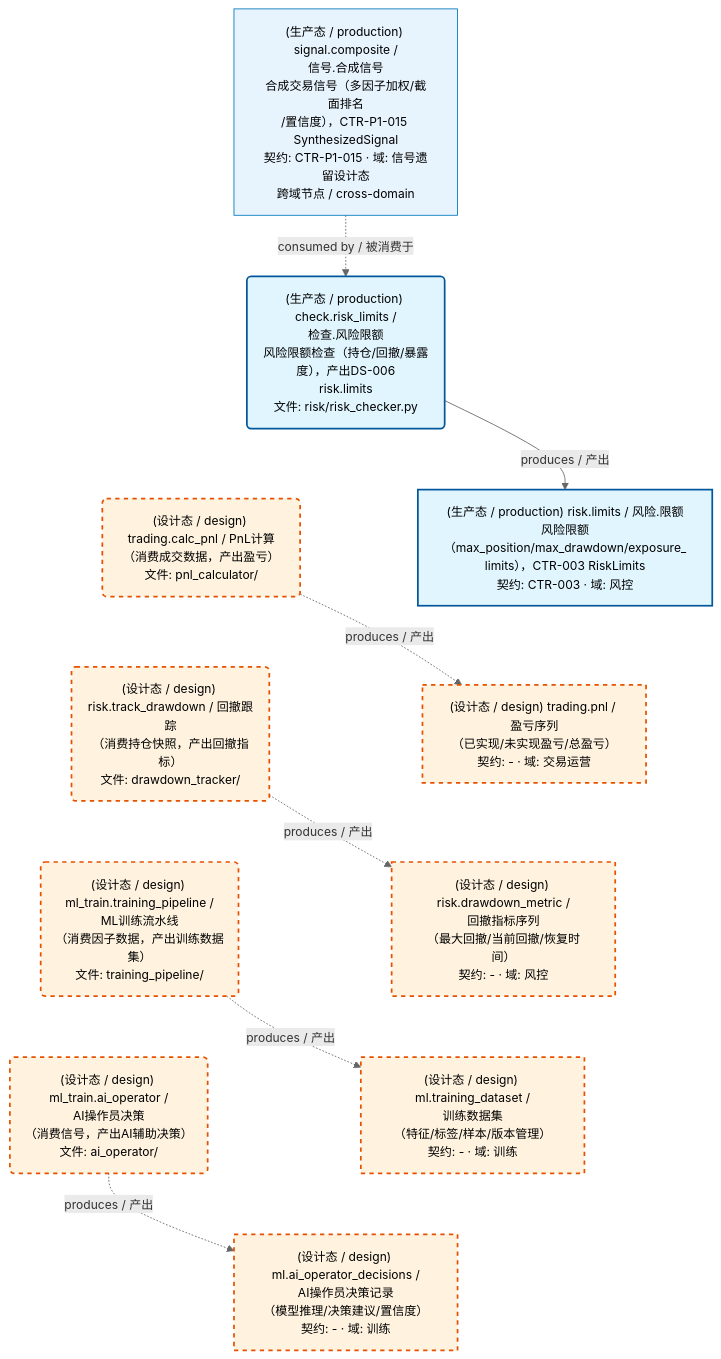
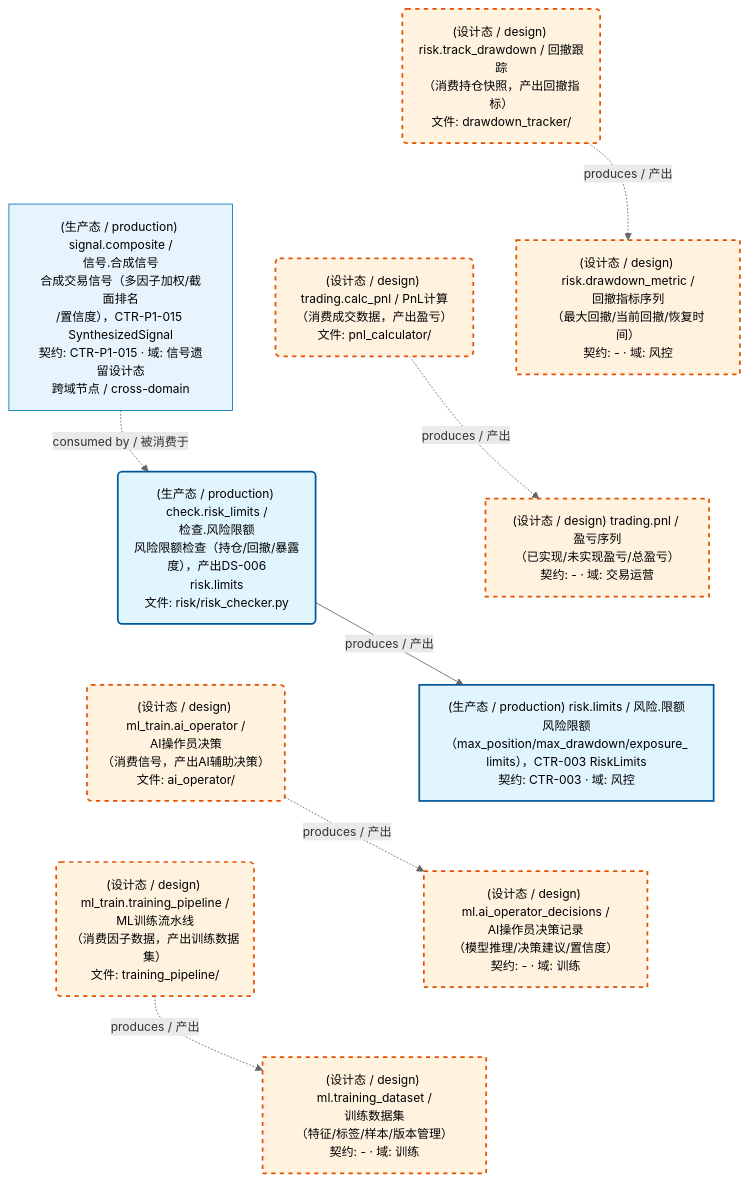
The first of 3 diagrams in docs/02_enterprise_architecture/05_dataflow_architecture/d_others.md (xuanFelixVan/ZephyrAlpha), drawn with Mermaid before and after one commit. The commit also changed other lines of this file and 123 other files, not shown here.

````diff
--- a/docs/02_enterprise_architecture/05_dataflow_architecture/d_others.md
+++ b/docs/02_enterprise_architecture/05_dataflow_architecture/d_others.md
@@ -50,36 +50,36 @@
 ```mermaid
 %%{init: {'theme': 'base', 'themeVariables': {'primaryColor': '#eaeaea', 'primaryTextColor': '#333333', 'primaryBorderColor': '#666666', 'lineColor': '#666666', 'secondaryColor': '#eaeaea', 'tertiaryColor': '#eaeaea', 'clusterBkg': 'transparent', 'clusterBorder': 'transparent', 'fontSize': '14px'}}}%%
 flowchart TD
     DS11271["(设计态 / design) ml.ai_operator_decisions /<br/>AI操作员决策记录<br/>（模型推理/决策建议/置信度）<br/>契约: - · 域: 训练"]
     DS11272["(设计态 / design) ml.training_dataset /<br/>训练数据集<br/>（特征/标签/样本/版本管理）<br/>契约: - · 域: 训练"]
     DS11273["(设计态 / design) risk.drawdown_metric /<br/>回撤指标序列<br/>（最大回撤/当前回撤/恢复时间）<br/>契约: - · 域: 风控"]
-    DS31192["(生产态 / production) risk.limits / 风险.限额<br/>风险限额（max_position/max_drawdown/exposure_<br/>limits），CTR-003 RiskLimits<br/>契约: CTR-003 · 域: 风控"]
+    DS32560["(生产态 / production) risk.limits / 风险.限额<br/>风险限额（max_position/max_drawdown/exposure_<br/>limits），CTR-003 RiskLimits<br/>契约: CTR-003 · 域: 风控"]
     DS11274["(设计态 / design) trading.pnl / 盈亏序列<br/>（已实现/未实现盈亏/总盈亏）<br/>契约: - · 域: 交易运营"]
-    JOB1154366("(生产态 / production) check.risk_limits /<br/>检查.风险限额<br/>风险限额检查（持仓/回撤/暴露度），产出DS-006<br/>risk.limits<br/>文件: risk/risk_checker.py")
+    JOB1192358("(生产态 / production) check.risk_limits /<br/>检查.风险限额<br/>风险限额检查（持仓/回撤/暴露度），产出DS-006<br/>risk.limits<br/>文件: risk/risk_checker.py")
     JOB757635("(设计态 / design) ml_train.ai_operator /<br/>AI操作员决策<br/>（消费信号，产出AI辅助决策）<br/>文件: ai_operator/")
     JOB757636("(设计态 / design) ml_train.training_pipeline /<br/>ML训练流水线<br/>（消费因子数据，产出训练数据集）<br/>文件: training_pipeline/")
     JOB757637("(设计态 / design) risk.track_drawdown / 回撤跟踪<br/>（消费持仓快照，产出回撤指标）<br/>文件: drawdown_tracker/")
     JOB757638("(设计态 / design) trading.calc_pnl / PnL计算<br/>（消费成交数据，产出盈亏）<br/>文件: pnl_calculator/")
-    DS31191["(生产态 / production) signal.composite /<br/>信号.合成信号<br/>合成交易信号（多因子加权/截面排名<br/>/置信度），CTR-P1-015 SynthesizedSignal<br/>契约: CTR-P1-015 · 域: 信号遗留设计态<br/>跨域节点 / cross-domain"]
-    JOB1154366 -->|produces / 产出| DS31192
+    DS32559["(生产态 / production) signal.composite /<br/>信号.合成信号<br/>合成交易信号（多因子加权/截面排名<br/>/置信度），CTR-P1-015 SynthesizedSignal<br/>契约: CTR-P1-015 · 域: 信号遗留设计态<br/>跨域节点 / cross-domain"]
+    JOB1192358 -->|produces / 产出| DS32560
     JOB757635 -.->|produces / 产出| DS11271
     JOB757636 -.->|produces / 产出| DS11272
     JOB757637 -.->|produces / 产出| DS11273
-    DS31191 -.->|consumed by / 被消费于| JOB1154366
+    DS32559 -.->|consumed by / 被消费于| JOB1192358
     JOB757638 -.->|produces / 产出| DS11274
-    JOB1154366 ~~~ JOB757638
-    JOB757638 ~~~ JOB757637
-    JOB757637 ~~~ JOB757636
-    JOB757636 ~~~ JOB757635
-    DS31192 ~~~ DS11274
-    DS11274 ~~~ DS11273
-    DS11273 ~~~ DS11272
-    DS11272 ~~~ DS11271
+    JOB757637 ~~~ JOB757638
+    JOB757638 ~~~ JOB1192358
+    JOB1192358 ~~~ JOB757635
+    JOB757635 ~~~ JOB757636
+    DS11273 ~~~ DS11274
+    DS11274 ~~~ DS32560
+    DS32560 ~~~ DS11271
+    DS11271 ~~~ DS11272
     classDef production fill:#e1f5fe,stroke:#01579b,stroke-width:2px,color:#000
     classDef design fill:#fff3e0,stroke:#e65100,stroke-width:2px,color:#000,stroke-dasharray: 5 5
     classDef external_prod fill:#e8f4fd,stroke:#0277bd,stroke-width:1px,color:#000
     classDef external_design fill:#fff8e7,stroke:#ef6c00,stroke-width:1px,color:#000,stroke-dasharray: 5 5
-    class DS31192,JOB1154366 production
+    class DS32560,JOB1192358 production
     class DS11271,DS11272,DS11273,DS11274,JOB757635,JOB757636,JOB757637,JOB757638 design
-    class DS31191 external_prod
+    class DS32559 external_prod
 ```
````
